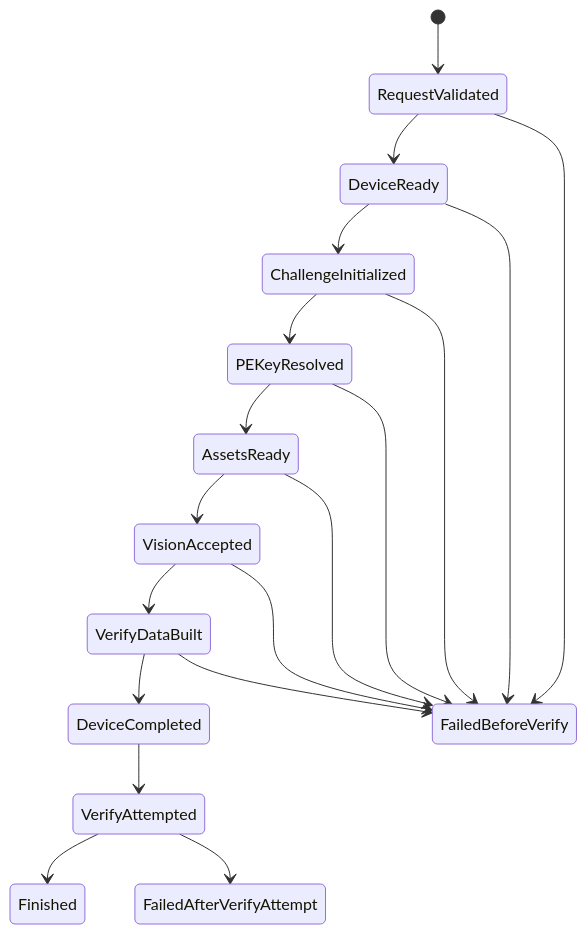
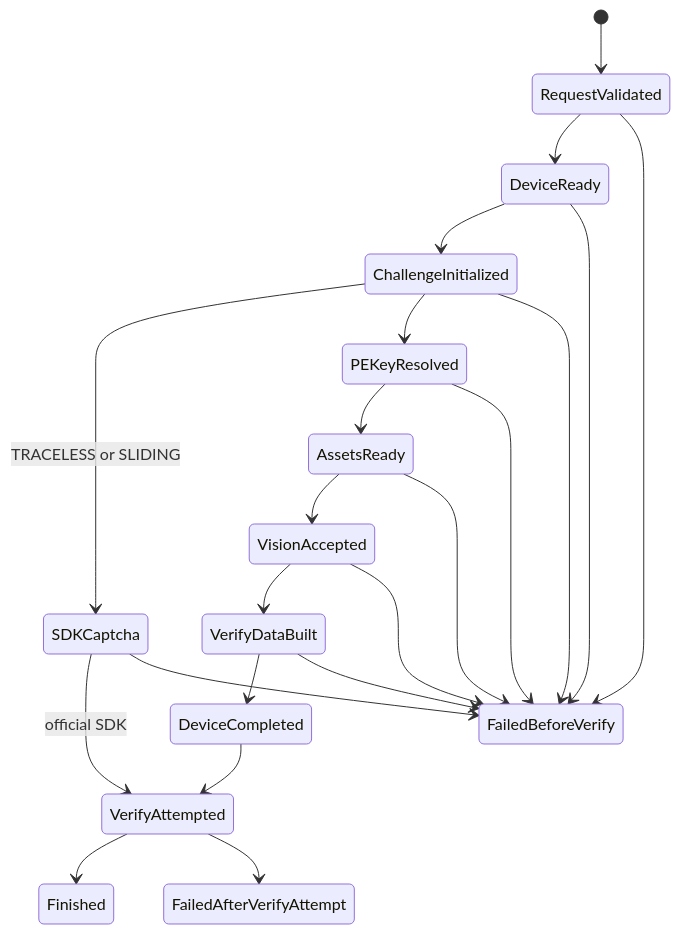
The second of 2 diagrams in ali-slider-go/docs/architecture.md (d2120848471/v3), drawn with Mermaid before and after one commit. The commit also changed other lines of this file and 17 other files, not shown here.

````diff
--- a/ali-slider-go/docs/architecture.md
+++ b/ali-slider-go/docs/architecture.md
@@ -92,22 +97,25 @@
 ```mermaid
 stateDiagram-v2
     [*] --> RequestValidated
     RequestValidated --> DeviceReady
     DeviceReady --> ChallengeInitialized
+    ChallengeInitialized --> SDKCaptcha: TRACELESS or SLIDING
+    SDKCaptcha --> VerifyAttempted: official SDK
     ChallengeInitialized --> PEKeyResolved
     PEKeyResolved --> AssetsReady
     AssetsReady --> VisionAccepted
     VisionAccepted --> VerifyDataBuilt
     VerifyDataBuilt --> DeviceCompleted
     DeviceCompleted --> VerifyAttempted
     VerifyAttempted --> Finished
 
     RequestValidated --> FailedBeforeVerify
     DeviceReady --> FailedBeforeVerify
     ChallengeInitialized --> FailedBeforeVerify
+    SDKCaptcha --> FailedBeforeVerify
     PEKeyResolved --> FailedBeforeVerify
     AssetsReady --> FailedBeforeVerify
     VisionAccepted --> FailedBeforeVerify
     VerifyDataBuilt --> FailedBeforeVerify
     VerifyAttempted --> FailedAfterVerifyAttempt
 ```
````
